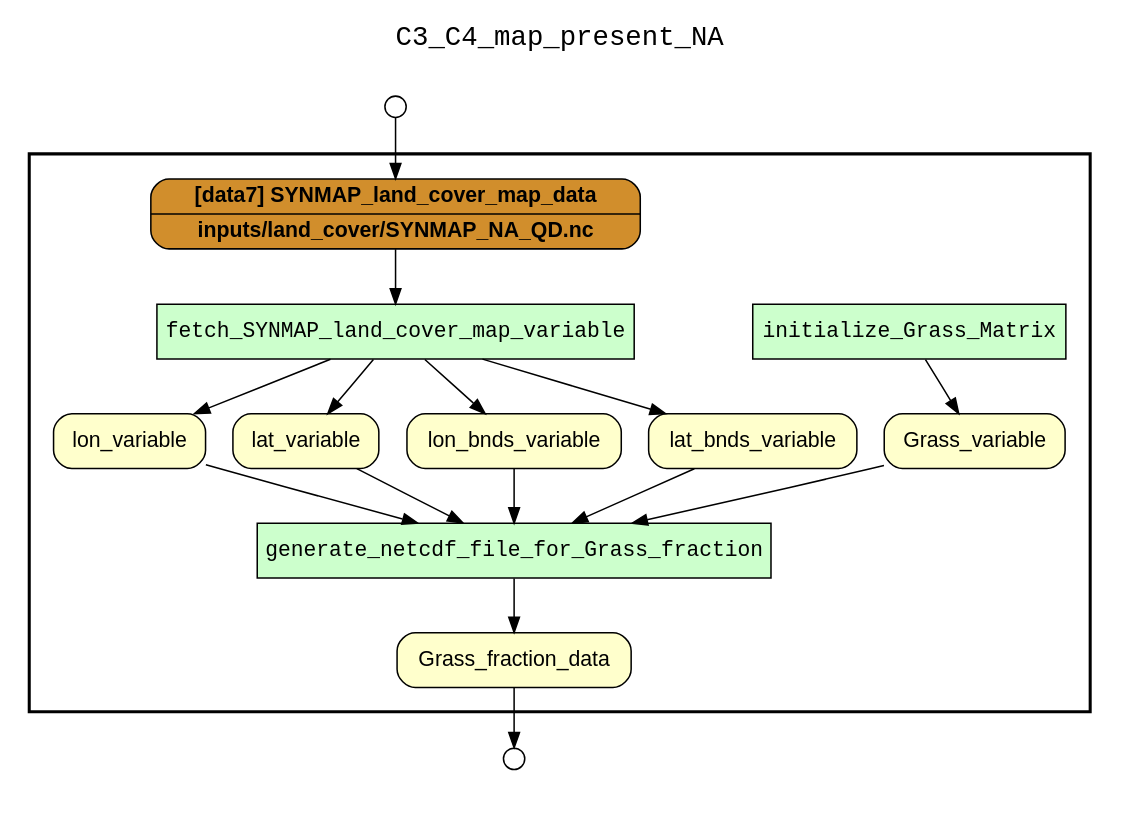
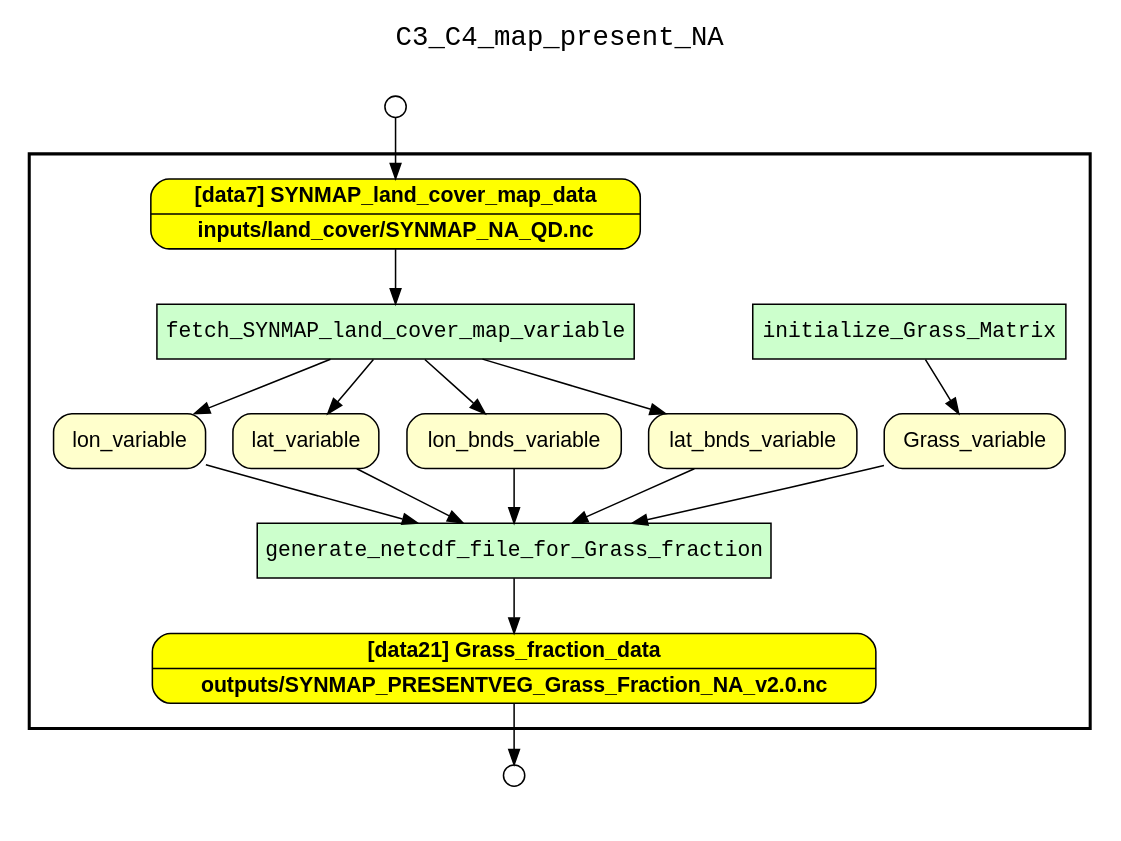
The diagram in examples/C3C4/results/wf_recon_upstream_of_Grass_fraction_data.gv (idaks/dataone-ahm-2016-poster), drawn with Graphviz before and after one commit. The commit also changed 12 other files, not shown here.

```diff
--- a/examples/C3C4/results/wf_recon_upstream_of_Grass_fraction_data.gv
+++ b/examples/C3C4/results/wf_recon_upstream_of_Grass_fraction_data.gv
@@ -1,49 +1,51 @@
 
 digraph yw_data_view {
 rankdir=TB
 fontname=Courier; fontsize=18; labelloc=t
 label="C3_C4_map_present_NA"
 subgraph cluster_workflow { label=""; color=black; penwidth=2
 subgraph cluster_workflow_inner { label=""; color=white
 node[shape=box style="filled" fillcolor="#CCFFCC" peripheries=1 fontname=Courier]
 initialize_Grass_Matrix
 fetch_SYNMAP_land_cover_map_variable
 generate_netcdf_file_for_Grass_fraction
 node[shape=box style="filled" fillcolor="#CCFFCC" peripheries=1 fontname=Courier]
 node[shape=box style="rounded,filled" fillcolor="#FFFFCC" peripheries=1 fontname=Helvetica]
 lon_variable
 lat_variable
 lon_bnds_variable
 lat_bnds_variable
 Grass_variable
-Grass_fraction_data
-node[shape=box style="rounded,filled" fillcolor="#D18E2C" peripheries=1 fontname="Helvetica-Bold"]
+node[shape=box style="rounded,filled" fillcolor="#FFFF00" peripheries=1 fontname="Helvetica-Bold"]
 SYNMAP_land_cover_map_data[shape=record rankdir=LR label="{<f0> [data7] SYNMAP_land_cover_map_data |<f1>inputs/land_cover/SYNMAP_NA_QD.nc
+}"]
+node[shape=box style="rounded,filled" fillcolor="#FFFF00" peripheries=1 fontname="Helvetica-Bold"]
+Grass_fraction_data[shape=record rankdir=LR label="{<f0> [data21] Grass_fraction_data |<f1>outputs/SYNMAP_PRESENTVEG_Grass_Fraction_NA_v2.0.nc
 }"]
 node[shape=box style="rounded,filled" fillcolor="#FFFFFF" peripheries=1 fontname=Helvetica]
 }}
 subgraph cluster_inflows { label=""; color=white; penwidth=2
 subgraph cluster_inflows_inner { label=""; color=white
 node[shape=circle fillcolor="#FFFFFF" peripheries=1 width=0.2]
 SYNMAP_land_cover_map_data_inflow [label=""]
 }}
 subgraph cluster_outflows { label=""; color=white; penwidth=2
 subgraph cluster_outflows_inner { label=""; color=white
 node[shape=circle fillcolor="#FFFFFF" peripheries=1 width=0.2]
 Grass_fraction_data_outflow [label=""]
 }}
 Grass_variable -> generate_netcdf_file_for_Grass_fraction
 lat_bnds_variable -> generate_netcdf_file_for_Grass_fraction
 lon_bnds_variable -> generate_netcdf_file_for_Grass_fraction
 lat_variable -> generate_netcdf_file_for_Grass_fraction
 lon_variable -> generate_netcdf_file_for_Grass_fraction
 SYNMAP_land_cover_map_data -> fetch_SYNMAP_land_cover_map_variable
 fetch_SYNMAP_land_cover_map_variable -> lon_variable
 fetch_SYNMAP_land_cover_map_variable -> lat_variable
 fetch_SYNMAP_land_cover_map_variable -> lon_bnds_variable
 fetch_SYNMAP_land_cover_map_variable -> lat_bnds_variable
 initialize_Grass_Matrix -> Grass_variable
 generate_netcdf_file_for_Grass_fraction -> Grass_fraction_data
 SYNMAP_land_cover_map_data_inflow -> SYNMAP_land_cover_map_data
 Grass_fraction_data -> Grass_fraction_data_outflow
 }
```
